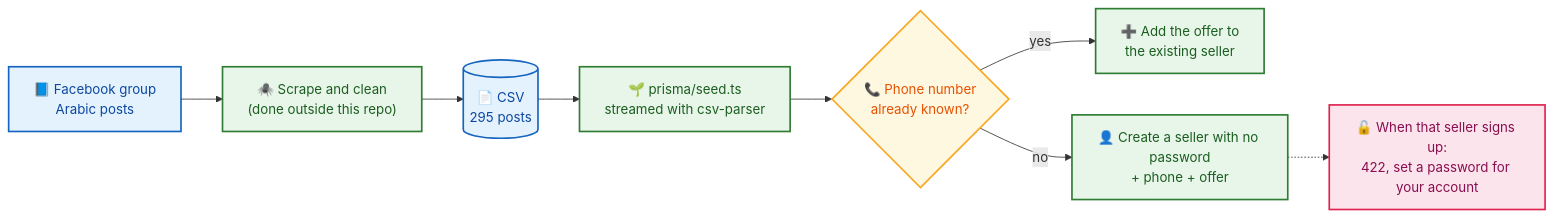
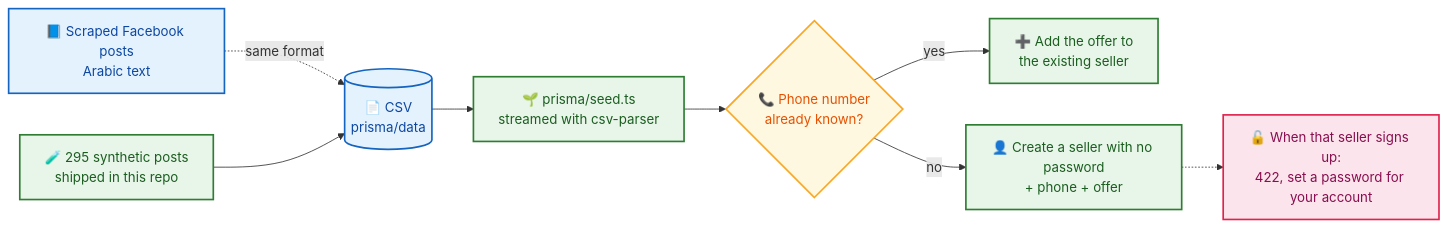
The third of 6 diagrams in README.md (chadlimedamine/agrovendors), drawn with Mermaid before and after one commit. The commit also changed other lines of this file and 2 other files, not shown here.

First line of the commit message:
chore(seed): replace scraped dataset with synthetic mock offers

````diff
--- a/README.md
+++ b/README.md
@@ -278,19 +278,19 @@
 ```mermaid
 flowchart LR
-    FB["📘 Facebook group<br/>Arabic posts"] --> SCR["🕷️ Scrape and clean<br/>(done outside this repo)"]
-    SCR --> CSV[("📄 CSV<br/>295 posts")]
+    FB["📘 Scraped Facebook posts<br/>Arabic text"] -.->|"same format"| CSV[("📄 CSV<br/>prisma/data")]
+    MOCK["🧪 295 synthetic posts<br/>shipped in this repo"] --> CSV
     CSV --> SEED["🌱 prisma/seed.ts<br/>streamed with csv-parser"]
     SEED --> Q{"📞 Phone number<br/>already known?"}
     Q -- "yes" --> A1["➕ Add the offer to<br/>the existing seller"]
     Q -- "no" --> A2["👤 Create a seller with no password<br/>+ phone + offer"]
     A2 -.-> CLAIM["🔓 When that seller signs up:<br/>422, set a password for your account"]
 
     classDef src fill:#E3F2FD,stroke:#1565C0,stroke-width:2px,color:#0D47A1
     classDef proc fill:#E8F5E9,stroke:#2E7D32,stroke-width:2px,color:#1B5E20
     classDef dec fill:#FFF8E1,stroke:#F9A825,stroke-width:2px,color:#E65100
     classDef out fill:#FCE4EC,stroke:#E0234E,stroke-width:2px,color:#880E4F
     class FB,CSV src
-    class SCR,SEED,A1,A2 proc
+    class MOCK,SEED,A1,A2 proc
     class Q dec
     class CLAIM out
 ```
````
